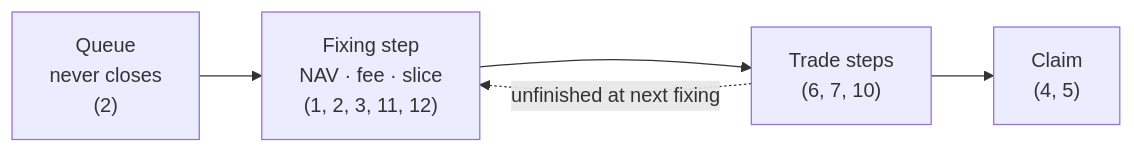
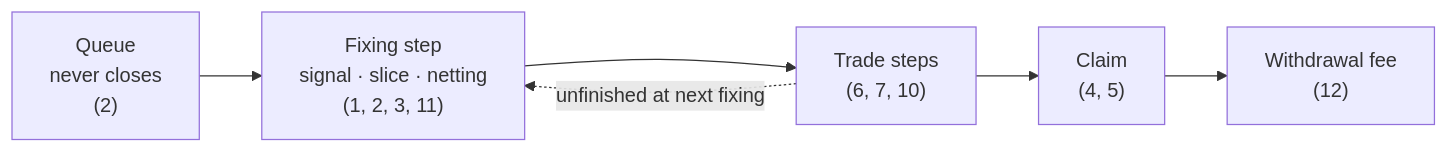
One commit to 0xnex/tide changed the diagram in AGENTS.md. Above: the diagram before and after it, drawn with Mermaid. The commit also changed other lines of this file and 8 other files, not shown here.

First line of the commit message:
docs: execution-based shares, cbBTC signal, 1% withdrawal fee

````diff
--- a/AGENTS.md
+++ b/AGENTS.md
@@ -49,7 +49,8 @@
 ```mermaid
 flowchart LR
-  Q["Queue<br/>never closes<br/>(2)"] --> FX["Fixing step<br/>NAV · fee · slice<br/>(1, 2, 3, 11, 12)"]
+  Q["Queue<br/>never closes<br/>(2)"] --> FX["Fixing step<br/>signal · slice · netting<br/>(1, 2, 3, 11)"]
   FX --> TR["Trade steps<br/>(6, 7, 10)"]
   TR --> CL["Claim<br/>(4, 5)"]
   TR -. "unfinished at next fixing" .-> FX
+  CL --> FE["Withdrawal fee<br/>(12)"]
 ```
````
